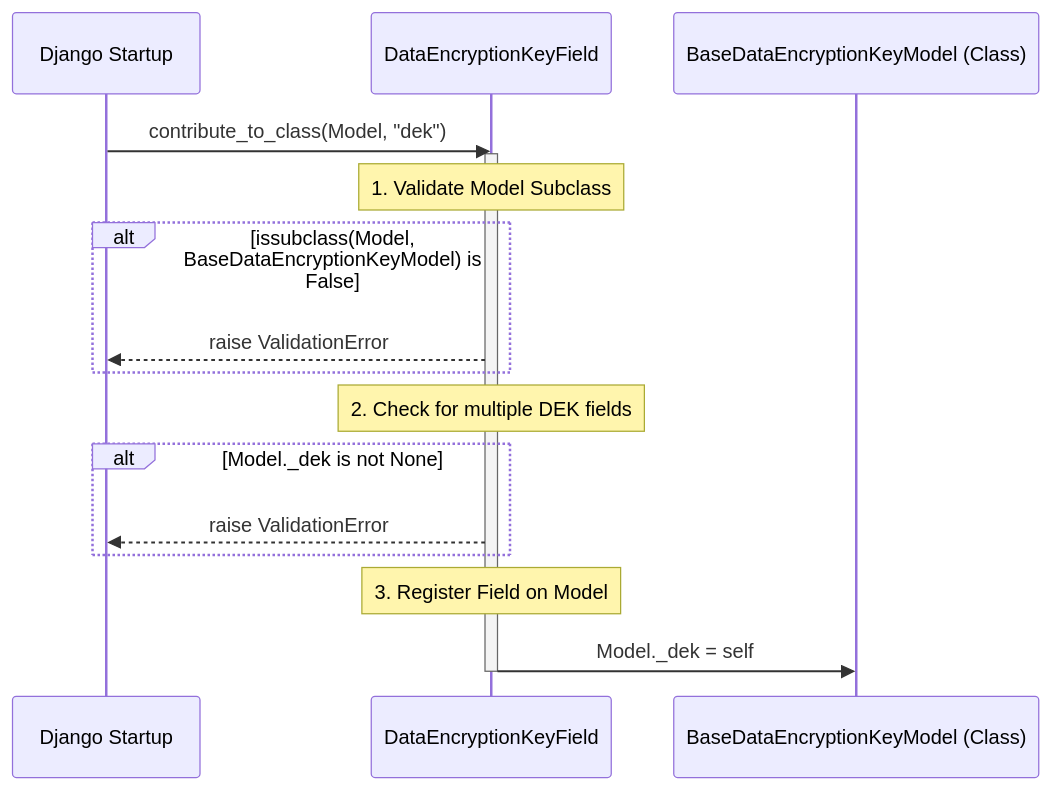
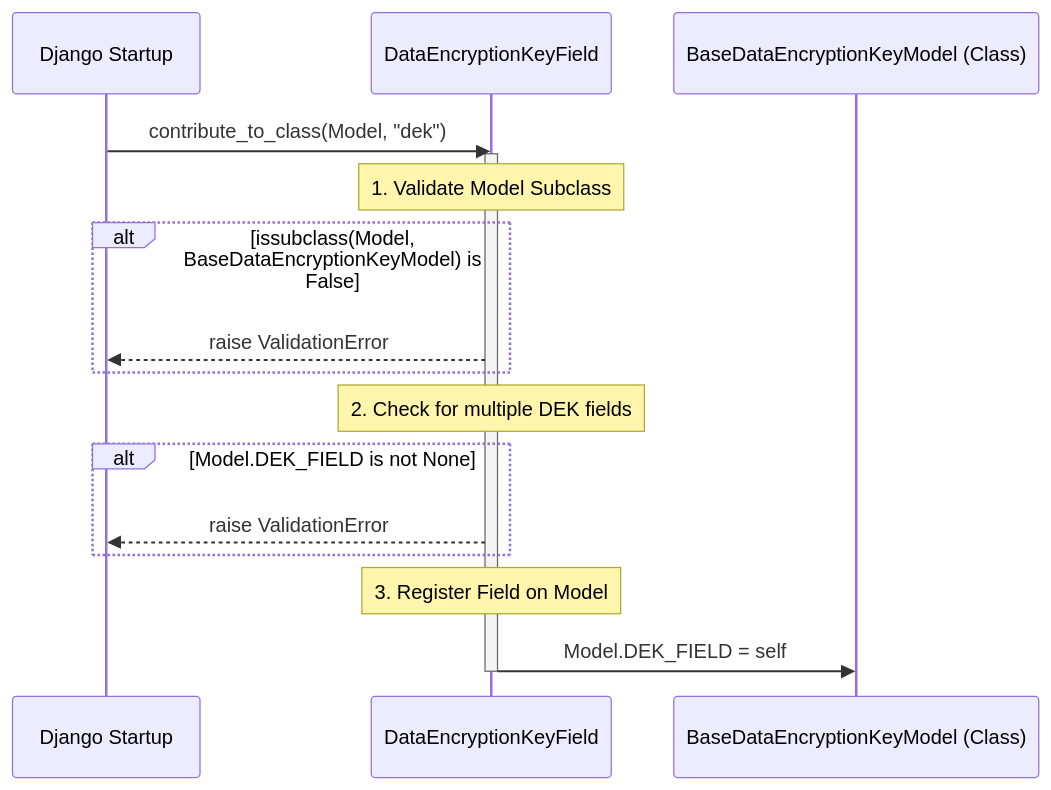
The sixth of 8 diagrams in docs/client-side-encryption.md (ocadotechnology/codeforlife-package-python), drawn with Mermaid before and after one commit. The commit also changed 3 other files, not shown here.

````diff
--- a/docs/client-side-encryption.md
+++ b/docs/client-side-encryption.md
@@ -337,24 +337,24 @@
 ```mermaid
 sequenceDiagram
     participant Django as Django Startup
     participant DataEncryptionKeyField as DataEncryptionKeyField
     participant BaseDataEncryptionKeyModel as BaseDataEncryptionKeyModel (Class)
 
     Django->>DataEncryptionKeyField: contribute_to_class(Model, "dek")
     activate DataEncryptionKeyField
 
     Note over DataEncryptionKeyField: 1. Validate Model Subclass
     alt issubclass(Model, BaseDataEncryptionKeyModel) is False
         DataEncryptionKeyField-->>Django: raise ValidationError
     end
 
     Note over DataEncryptionKeyField: 2. Check for multiple DEK fields
-    alt Model._dek is not None
+    alt Model.DEK_FIELD is not None
         DataEncryptionKeyField-->>Django: raise ValidationError
     end
 
     Note over DataEncryptionKeyField: 3. Register Field on Model
-    DataEncryptionKeyField->>BaseDataEncryptionKeyModel: Model._dek = self
+    DataEncryptionKeyField->>BaseDataEncryptionKeyModel: Model.DEK_FIELD = self
     
     deactivate DataEncryptionKeyField
 ```
````
